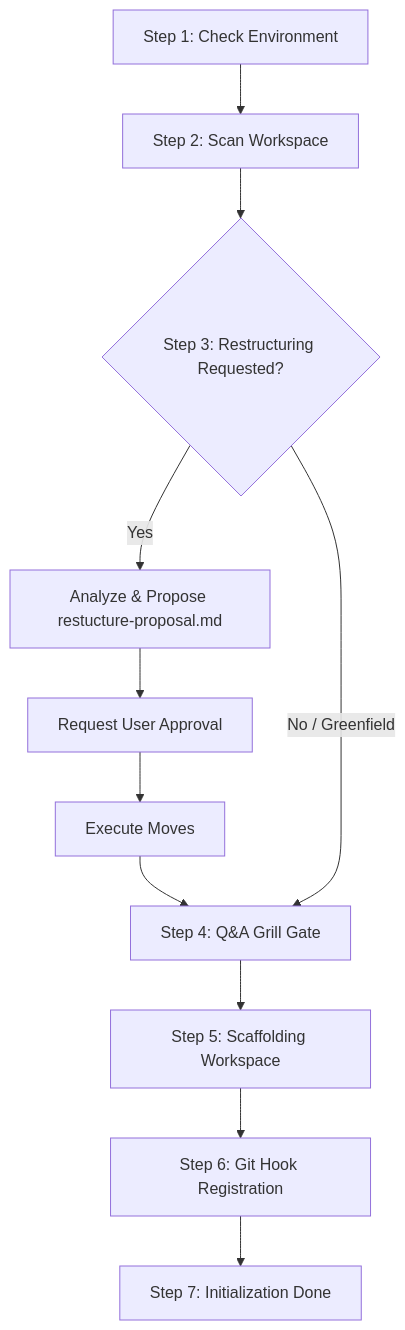
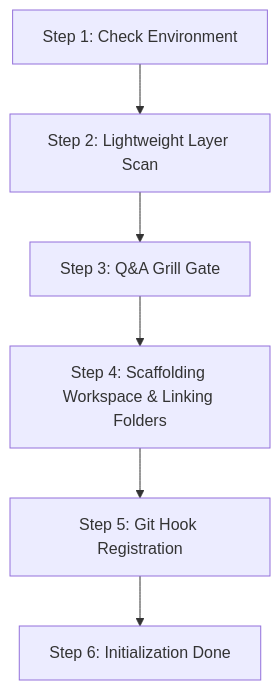
One commit to hrvthgergo/agent-driven-templates changed the second of 2 diagrams in fullstack_software_dev/init/init_workflow.md. Above: the diagram before and after it, drawn with Mermaid. The commit also changed other lines of this file and 5 other files, not shown here.

Commit message:
Decouple legacy codebase restructuring into /process-history, simplify /init brownfield flow, and implement generic codebase-* layer skeletons with Option 3 Hybrid Docker strategy

````diff
--- a/fullstack_software_dev/init/init_workflow.md
+++ b/fullstack_software_dev/init/init_workflow.md
@@ -63,10 +66,8 @@
 ```mermaid
 graph TD
-    S1[Step 1: Check Environment] --> S2[Step 2: Scan Workspace]
-    S2 --> S3{Step 3: Restructuring Requested?}
-    S3 -->|Yes| S3A[Analyze & Propose restucture-proposal.md] --> S3B[Request User Approval] --> S3C[Execute Moves] --> S4[Step 4: Q&A Grill Gate]
-    S3 -->|No / Greenfield| S4
-    S4 --> S5[Step 5: Scaffolding Workspace]
-    S5 --> S6[Step 6: Git Hook Registration]
-    S6 --> S7[Step 7: Initialization Done]
+    S1[Step 1: Check Environment] --> S2[Step 2: Lightweight Layer Scan]
+    S2 --> S3[Step 3: Q&A Grill Gate]
+    S3 --> S4[Step 4: Scaffolding Workspace & Linking Folders]
+    S4 --> S5[Step 5: Git Hook Registration]
+    S5 --> S6[Step 6: Initialization Done]
 ```
````
